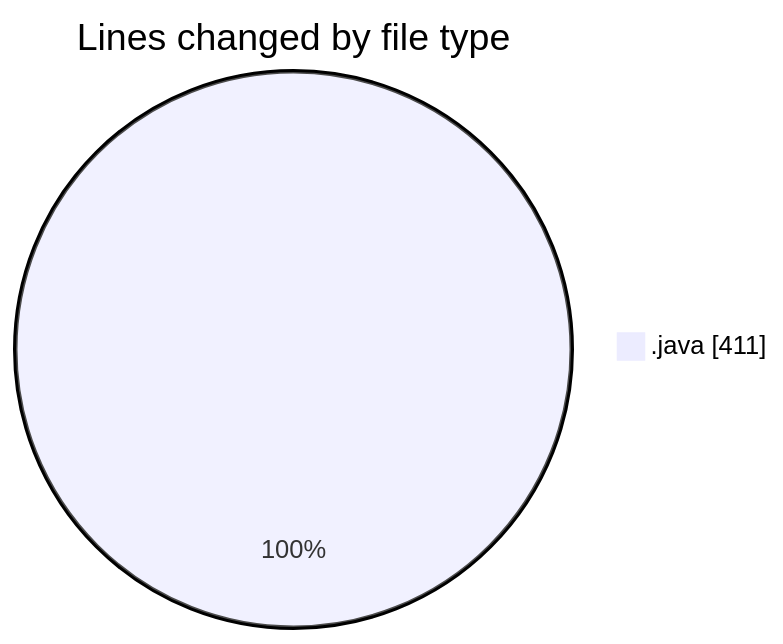
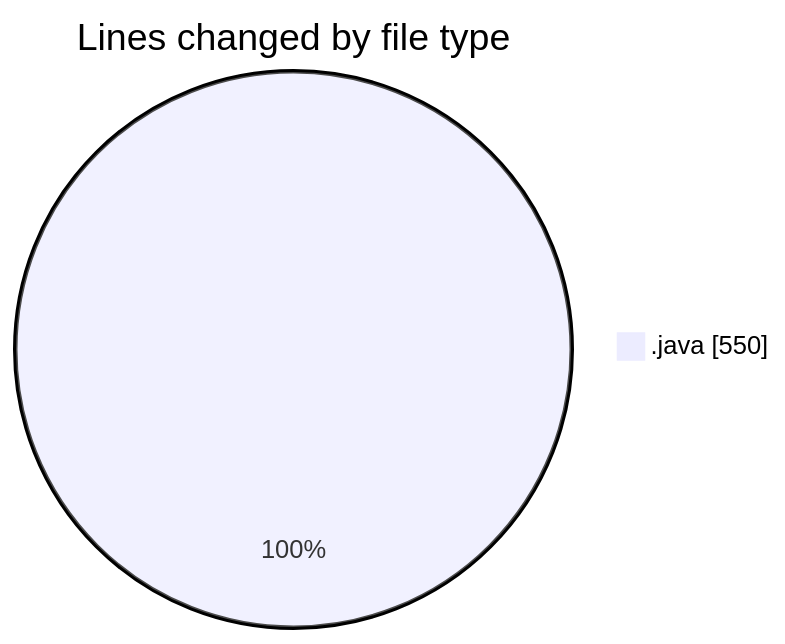
One commit to ricardozamudiocil/code-tracking changed the first of 2 diagrams in 2026-03-11/cilreports__workspace_/README.md. Above: the diagram before and after it, drawn with Mermaid. The commit also changed other lines of this file and 1 other file, not shown here.

````diff
--- a/2026-03-11/cilreports__workspace_/README.md
+++ b/2026-03-11/cilreports__workspace_/README.md
@@ -24,5 +25,5 @@
 ```mermaid
 pie showData
 title Lines changed by file type
-".java" : 411
+".java" : 550
 ```
````
